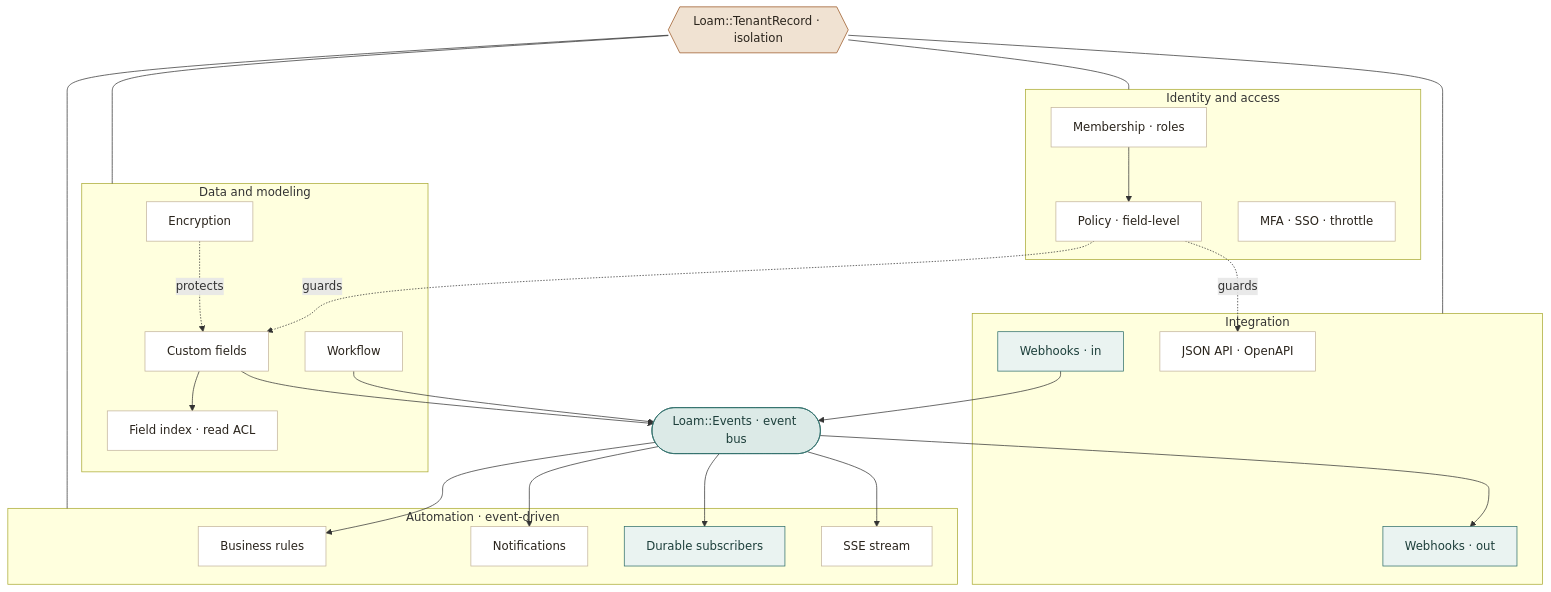
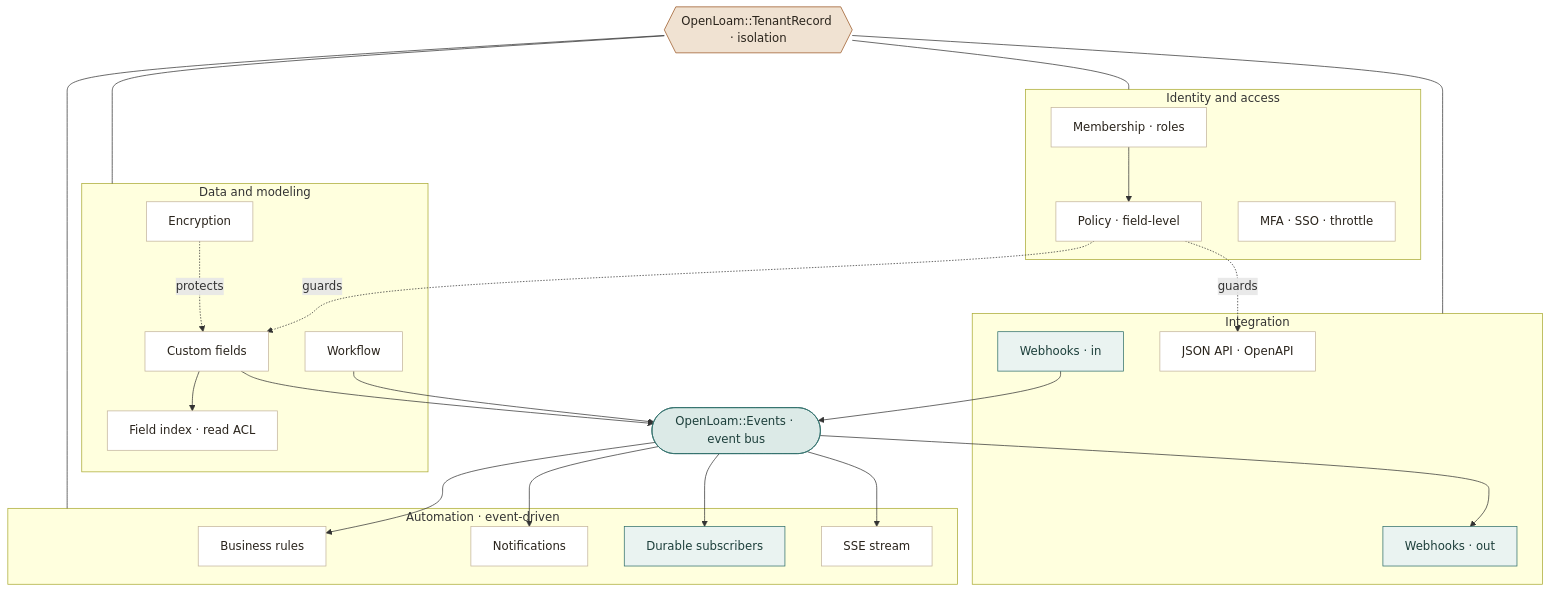
One commit to DeliveristsIO/open-loam changed the first of 2 diagrams in docs/_foundation/overview.md. Above: the diagram before and after it, drawn with Mermaid. The commit also changed other lines of this file and 467 other files, not shown here.

````diff
--- a/docs/_foundation/overview.md
+++ b/docs/_foundation/overview.md
@@ -58,48 +58,48 @@
 ```mermaid
 flowchart TB
-  TR{{"Loam::TenantRecord · isolation"}}:::core
-  BUS(["Loam::Events · event bus"]):::bus
+  TR{{"OpenLoam::TenantRecord · isolation"}}:::core
+  BUS(["OpenLoam::Events · event bus"]):::bus
   subgraph IA["Identity and access"]
     MEM["Membership · roles"]:::n
     POL["Policy · field-level"]:::n
     MFA["MFA · SSO · throttle"]:::n
   end
   subgraph DF["Data and modeling"]
     CF["Custom fields"]:::n
     IDX["Field index · read ACL"]:::n
     ENC["Encryption"]:::n
     WF["Workflow"]:::n
   end
   subgraph EA["Automation · event-driven"]
     BR["Business rules"]:::n
     NOTE["Notifications"]:::n
     DUR["Durable subscribers"]:::f
     SSE["SSE stream"]:::n
   end
   subgraph INT["Integration"]
     WHO["Webhooks · out"]:::f
     WHI["Webhooks · in"]:::f
     API["JSON API · OpenAPI"]:::n
   end
   TR --- IA
   TR --- DF
   TR --- EA
   TR --- INT
   MEM --> POL
   POL -. guards .-> API
   POL -. guards .-> CF
   ENC -. protects .-> CF
   CF --> IDX
   WF --> BUS
   CF --> BUS
   WHI --> BUS
   BUS --> BR
   BUS --> NOTE
   BUS --> DUR
   BUS --> SSE
   BUS --> WHO
   classDef core fill:#F0E2D2,stroke:#9A5522,color:#2A241C;
   classDef bus fill:#DCEAE7,stroke:#2F6F6A,color:#1D3F3B;
   classDef n fill:#FFFFFF,stroke:#C3B49C,color:#2A241C;
   classDef f fill:#EAF3F1,stroke:#2F6F6A,color:#1D3F3B;
 ```
````
